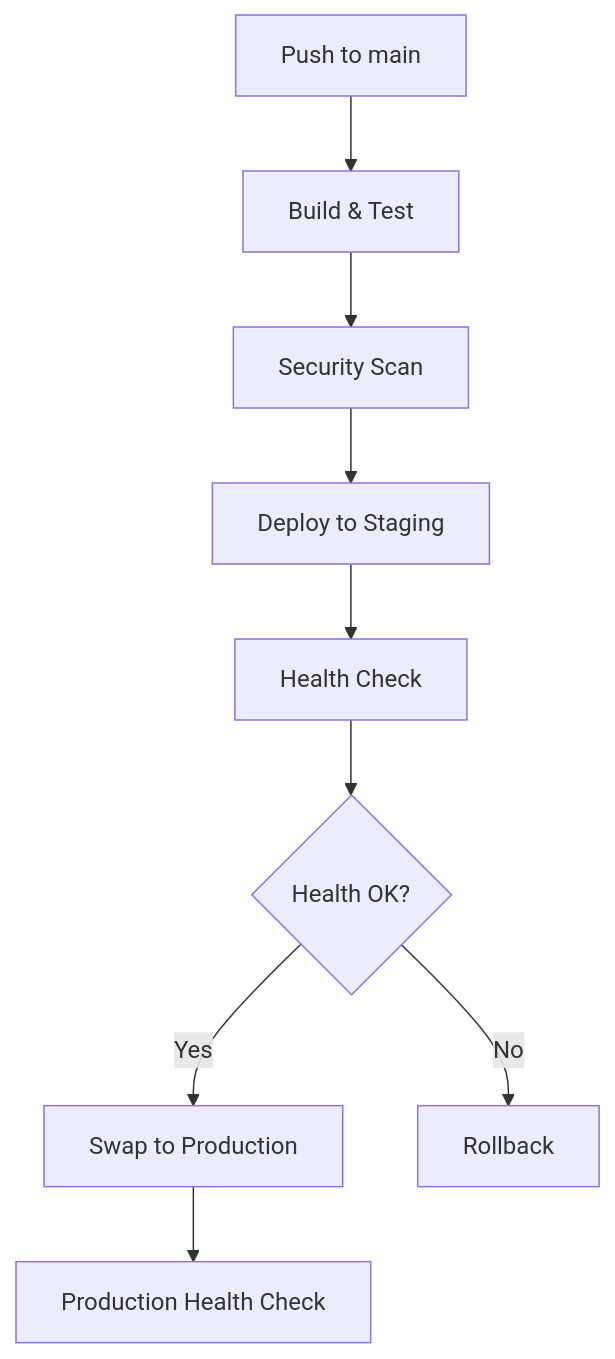
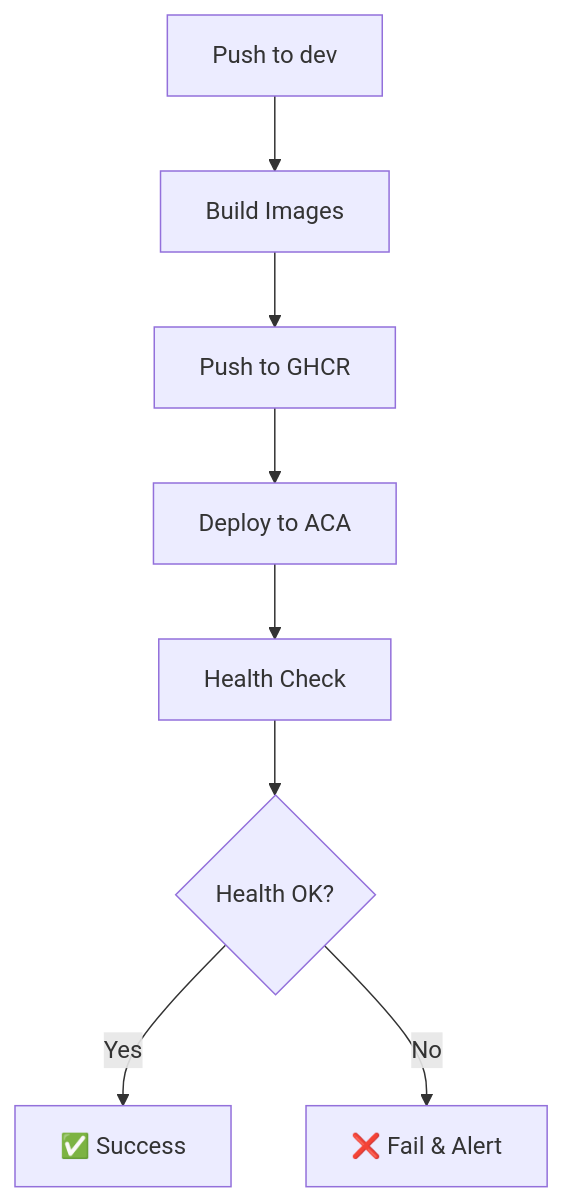
One commit to engage7labs/therapy-engage changed the diagram in docs/DEPLOYMENT_GUIDE.md. Above: the diagram before and after it, drawn with Mermaid. The commit also changed other lines of this file and 8 other files, not shown here.

````diff
--- a/docs/DEPLOYMENT_GUIDE.md
+++ b/docs/DEPLOYMENT_GUIDE.md
@@ -78,11 +91,10 @@
 ```mermaid
 graph TD
-    A[Push to main] --> B[Build & Test]
-    B --> C[Security Scan]
-    C --> D[Deploy to Staging]
+    A[Push to dev] --> B[Build Images]
+    B --> C[Push to GHCR]
+    C --> D[Deploy to ACA]
     D --> E[Health Check]
     E --> F{Health OK?}
-    F -->|Yes| G[Swap to Production]
-    F -->|No| H[Rollback]
-    G --> I[Production Health Check]
+    F -->|Yes| G[✅ Success]
+    F -->|No| H[❌ Fail & Alert]
 ```
````
